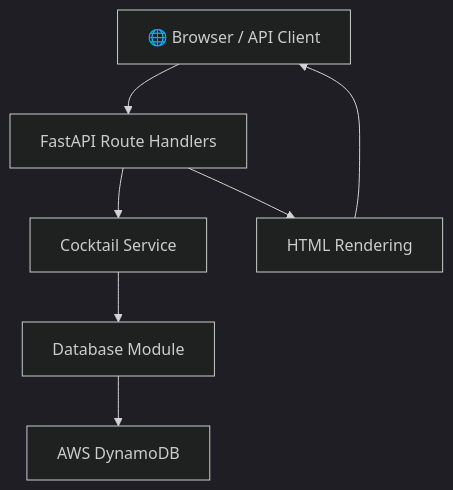
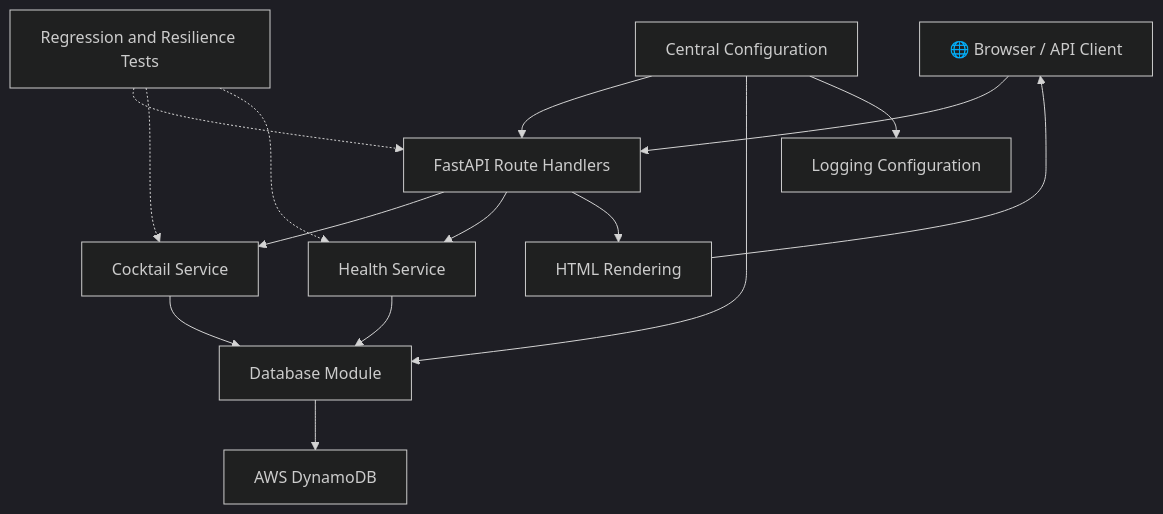
The first of 3 diagrams in docs/architecture/overview.md (tom-stayner/cocktail-ai-app), drawn with Mermaid (dark theme) before and after one commit. The commit also changed other lines of this file and 24 other files, not shown here.

````diff
--- a/docs/architecture/overview.md
+++ b/docs/architecture/overview.md
@@ -20,17 +24,27 @@
 ```mermaid
 flowchart TD
 
     Browser["🌐 Browser / API Client"]
 
     Browser --> FastAPI["FastAPI Route Handlers"]
 
     FastAPI --> Service["Cocktail Service"]
+    FastAPI --> Health["Health Service"]
 
     Service --> Database["Database Module"]
+    Health --> Database
 
     Database --> DynamoDB["AWS DynamoDB"]
+
+    Config["Central Configuration"] --> FastAPI
+    Config --> Database
+    Config --> Logging["Logging Configuration"]
 
     FastAPI --> HTML["HTML Rendering"]
 
     HTML --> Browser
+
+    Tests["Regression and Resilience Tests"] -.-> FastAPI
+    Tests -.-> Service
+    Tests -.-> Health
 ```
````
